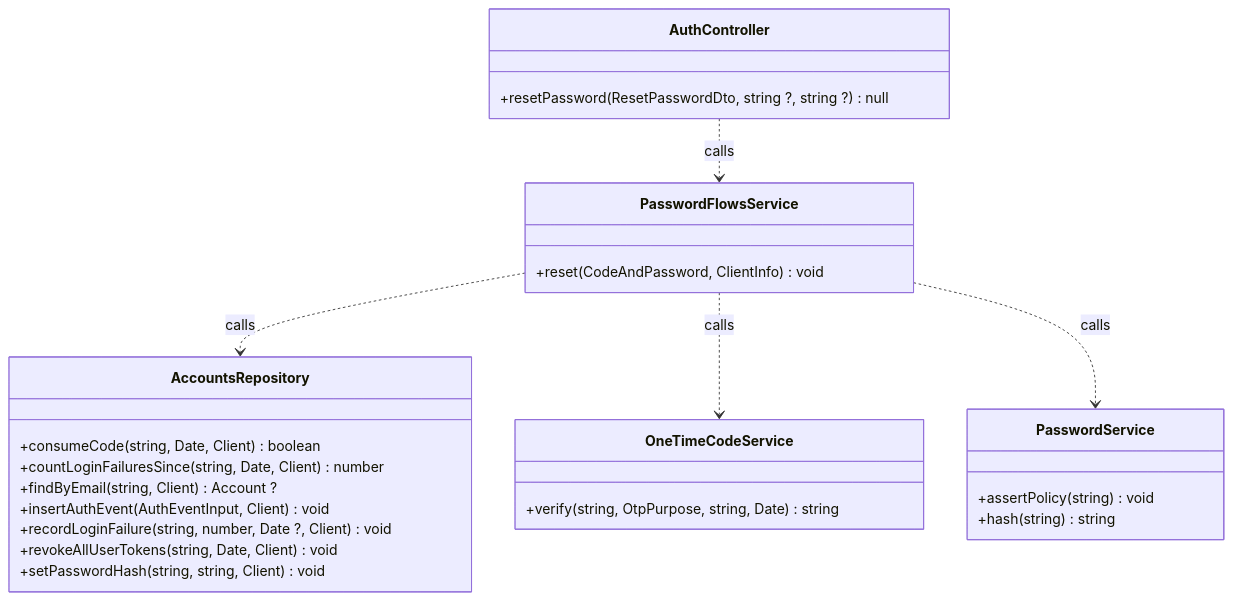
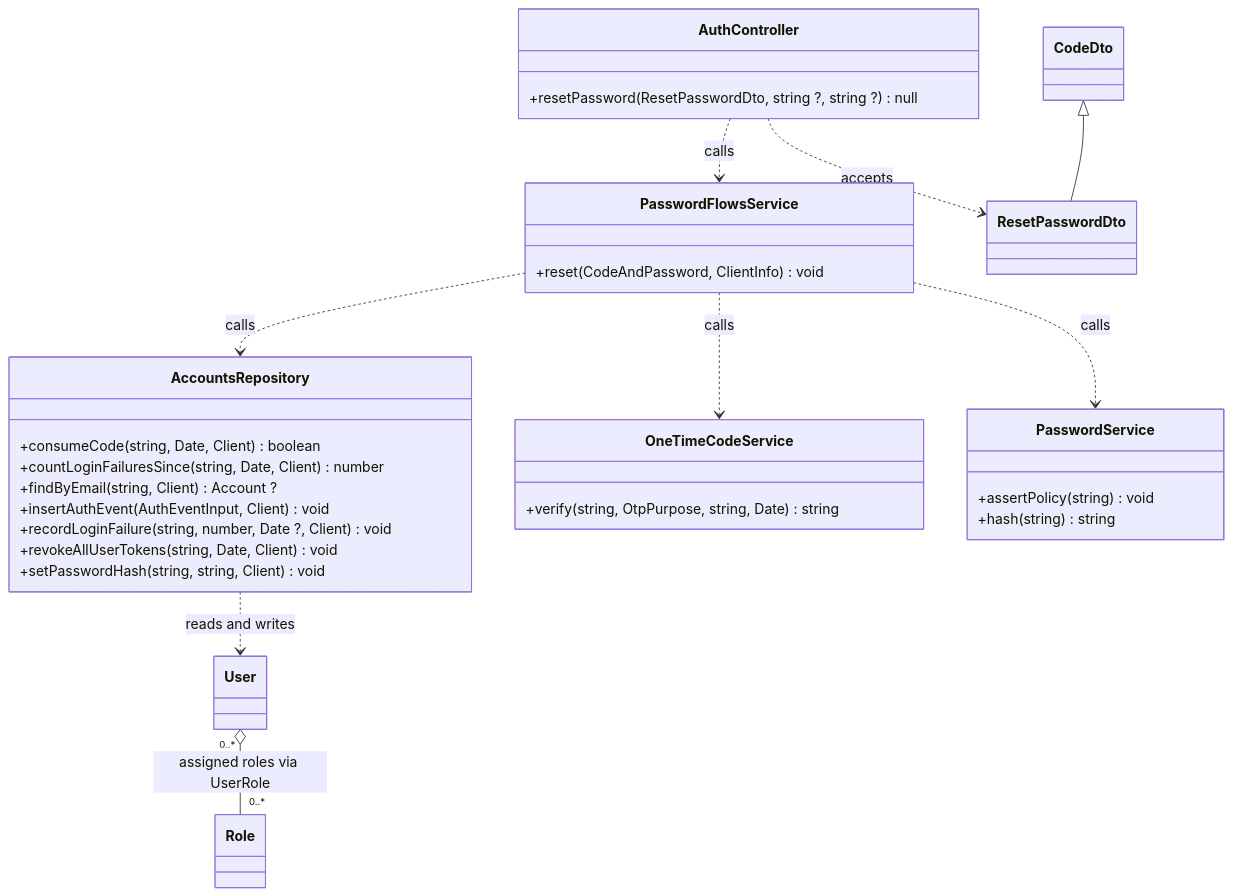
One commit to TrekLink-Team/treklink-web changed the fifth of 14 diagrams in specs/auth/design.md. Above: the diagram before and after it, drawn with Mermaid. The commit also changed other lines of this file and 7 other files, not shown here.

First line of the commit message:
docs: add code-backed UML class relations and split views

````diff
--- a/specs/auth/design.md
+++ b/specs/auth/design.md
@@ -283,30 +306,43 @@
 ```mermaid
 classDiagram
     direction TB
     class AuthController {
         +resetPassword(ResetPasswordDto, string ?, string ?) null
     }
     class PasswordFlowsService {
         +reset(CodeAndPassword, ClientInfo) void
     }
     class OneTimeCodeService {
         +verify(string, OtpPurpose, string, Date) string
     }
     class PasswordService {
         +assertPolicy(string) void
         +hash(string) string
     }
     class AccountsRepository {
         +consumeCode(string, Date, Client) boolean
         +countLoginFailuresSince(string, Date, Client) number
         +findByEmail(string, Client) Account ?
         +insertAuthEvent(AuthEventInput, Client) void
         +recordLoginFailure(string, number, Date ?, Client) void
         +revokeAllUserTokens(string, Date, Client) void
         +setPasswordHash(string, string, Client) void
     }
     AuthController ..> PasswordFlowsService : calls
     PasswordFlowsService ..> AccountsRepository : calls
     PasswordFlowsService ..> OneTimeCodeService : calls
     PasswordFlowsService ..> PasswordService : calls
+
+    class User
+    class Role
+    class CodeDto
+    class ResetPasswordDto
+    %% backend/prisma/schema.prisma:273-285; role grants refer to reusable Role rows, not owned role lifetimes.
+    User "0..*" o-- "0..*" Role : assigned roles via UserRole
+    %% backend/src/modules/auth/accounts.repository.ts:64-79; account rows are Prisma User projections.
+    AccountsRepository ..> User : reads and writes
+    %% backend/src/modules/auth/dto/auth.dto.ts:54; extends CodeDto.
+    CodeDto <|-- ResetPasswordDto
+    %% backend/src/modules/auth/auth.controller.ts:96-117; typed request parameter in the operation above.
+    AuthController ..> ResetPasswordDto : accepts
 ```
````
